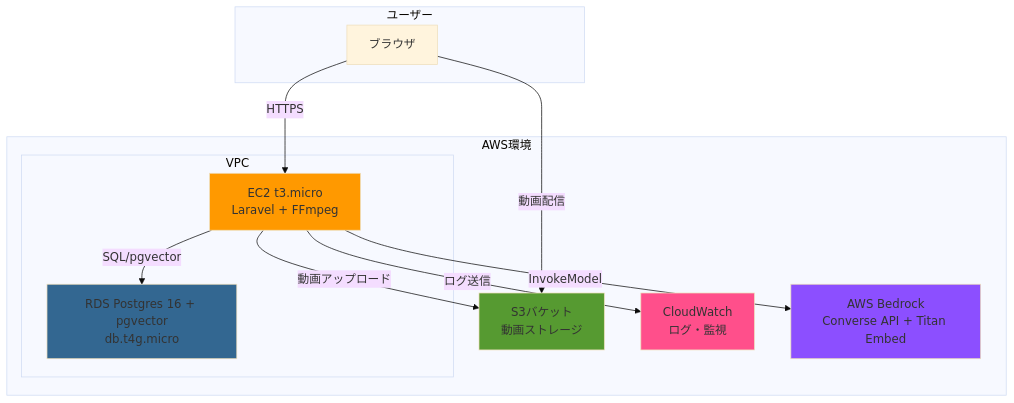
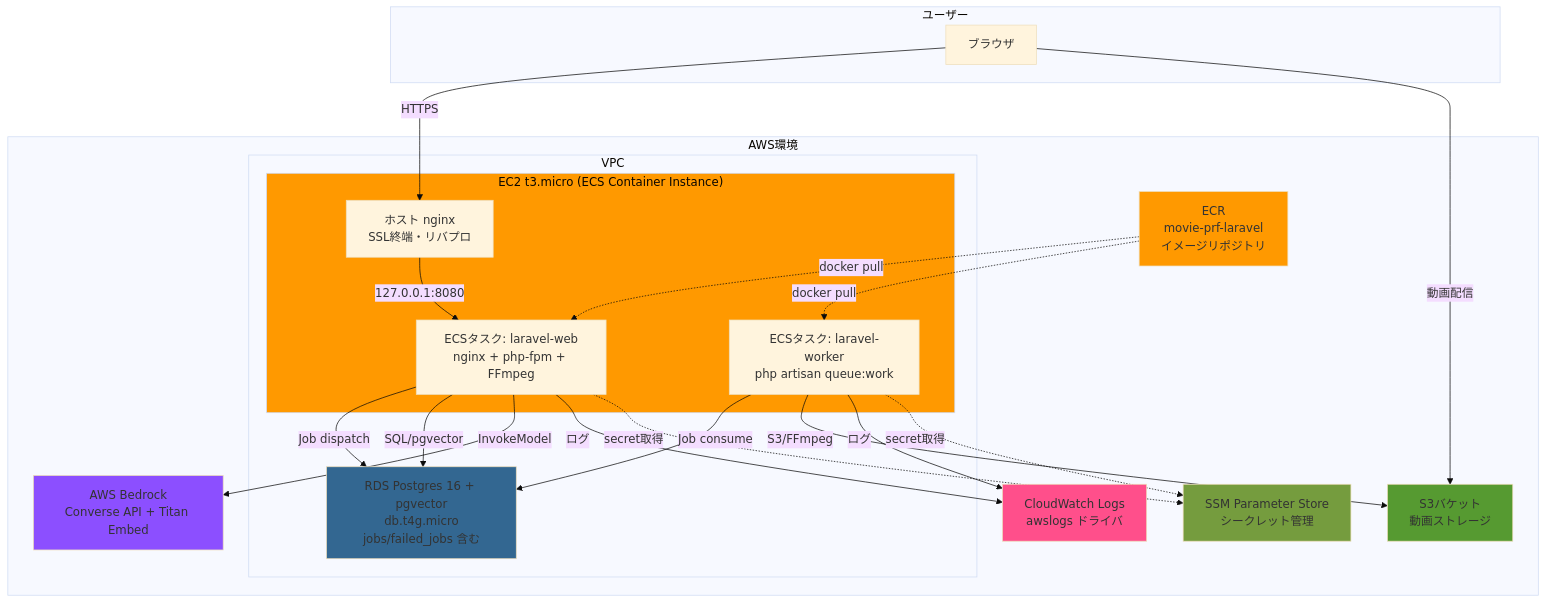
Before and after one commit to tetsu2026/movie-profile: the first of 3 diagrams in docs/design-docs/02_architecture.md, drawn with Mermaid (base theme). The commit also changed other lines of this file and 11 other files, not shown here.

````diff
--- a/docs/design-docs/02_architecture.md
+++ b/docs/design-docs/02_architecture.md
@@ -19,30 +27,47 @@
 ```mermaid
 graph TB
     subgraph "ユーザー"
         Browser[ブラウザ]
     end
 
     subgraph "AWS環境"
+        ECR[ECR<br/>movie-prf-laravel<br/>イメージリポジトリ]
+
         subgraph "VPC"
-            EC2[EC2 t3.micro<br/>Laravel + FFmpeg]
-            RDS[RDS Postgres 16 + pgvector<br/>db.t4g.micro]
+            subgraph EC2["EC2 t3.micro (ECS Container Instance)"]
+                Nginx[ホスト nginx<br/>SSL終端・リバプロ]
+                LaravelWeb[ECSタスク: laravel-web<br/>nginx + php-fpm + FFmpeg]
+                LaravelWorker[ECSタスク: laravel-worker<br/>php artisan queue:work]
+            end
+            RDS[RDS Postgres 16 + pgvector<br/>db.t4g.micro<br/>jobs/failed_jobs 含む]
         end
 
         S3[S3バケット<br/>動画ストレージ]
-        CloudWatch[CloudWatch<br/>ログ・監視]
+        CWLogs[CloudWatch Logs<br/>awslogs ドライバ]
+        SSM[SSM Parameter Store<br/>シークレット管理]
         Bedrock[AWS Bedrock<br/>Converse API + Titan Embed]
     end
 
-    Browser -->|HTTPS| EC2
-    EC2 -->|動画アップロード| S3
+    Browser -->|HTTPS| Nginx
+    Nginx -->|127.0.0.1:8080| LaravelWeb
+    ECR -.->|docker pull| LaravelWeb
+    ECR -.->|docker pull| LaravelWorker
+    LaravelWeb -->|Job dispatch| RDS
+    LaravelWorker -->|Job consume| RDS
+    LaravelWeb -->|SQL/pgvector| RDS
+    LaravelWorker -->|S3/FFmpeg| S3
     Browser -->|動画配信| S3
-    EC2 -->|SQL/pgvector| RDS
-    EC2 -->|InvokeModel| Bedrock
-    EC2 -->|ログ送信| CloudWatch
+    LaravelWeb -->|InvokeModel| Bedrock
+    LaravelWeb -->|ログ| CWLogs
+    LaravelWorker -->|ログ| CWLogs
+    LaravelWeb -.->|secret取得| SSM
+    LaravelWorker -.->|secret取得| SSM
 
     style EC2 fill:#FF9900
     style RDS fill:#336791
     style S3 fill:#569A31
-    style CloudWatch fill:#FF4F8B
+    style CWLogs fill:#FF4F8B
     style Bedrock fill:#8C4FFF
+    style ECR fill:#FF9900
+    style SSM fill:#759C3E
 ```
````
